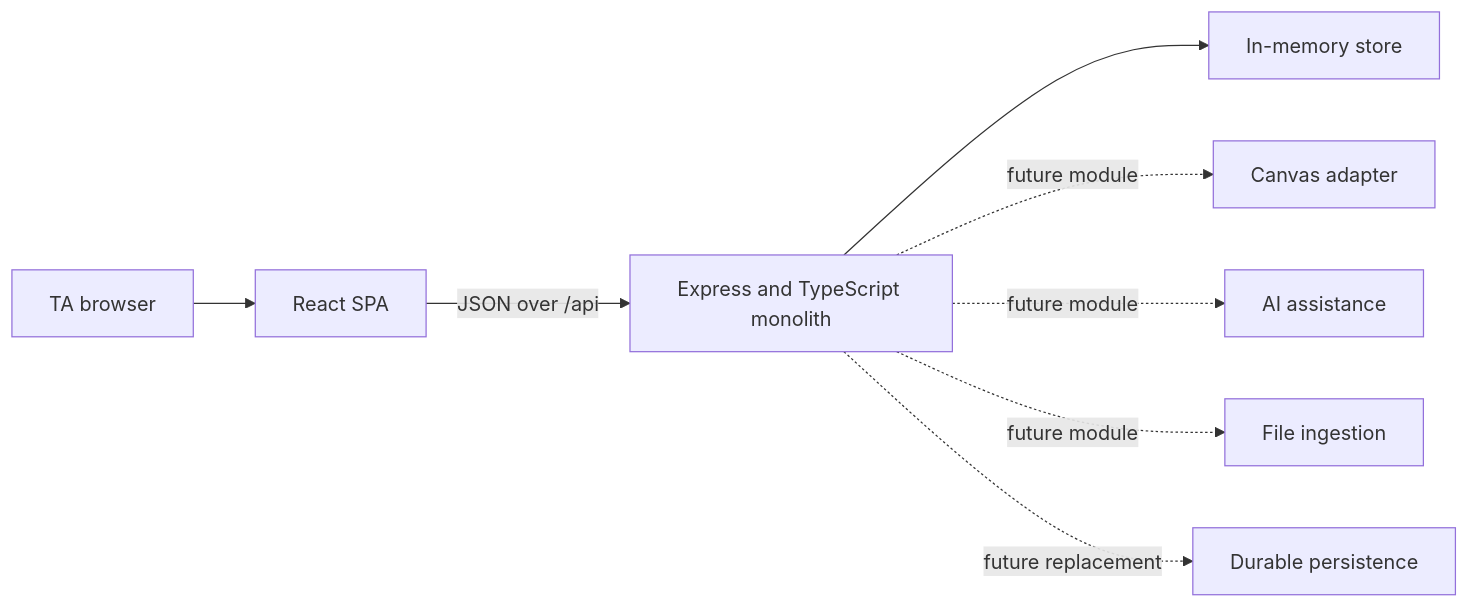
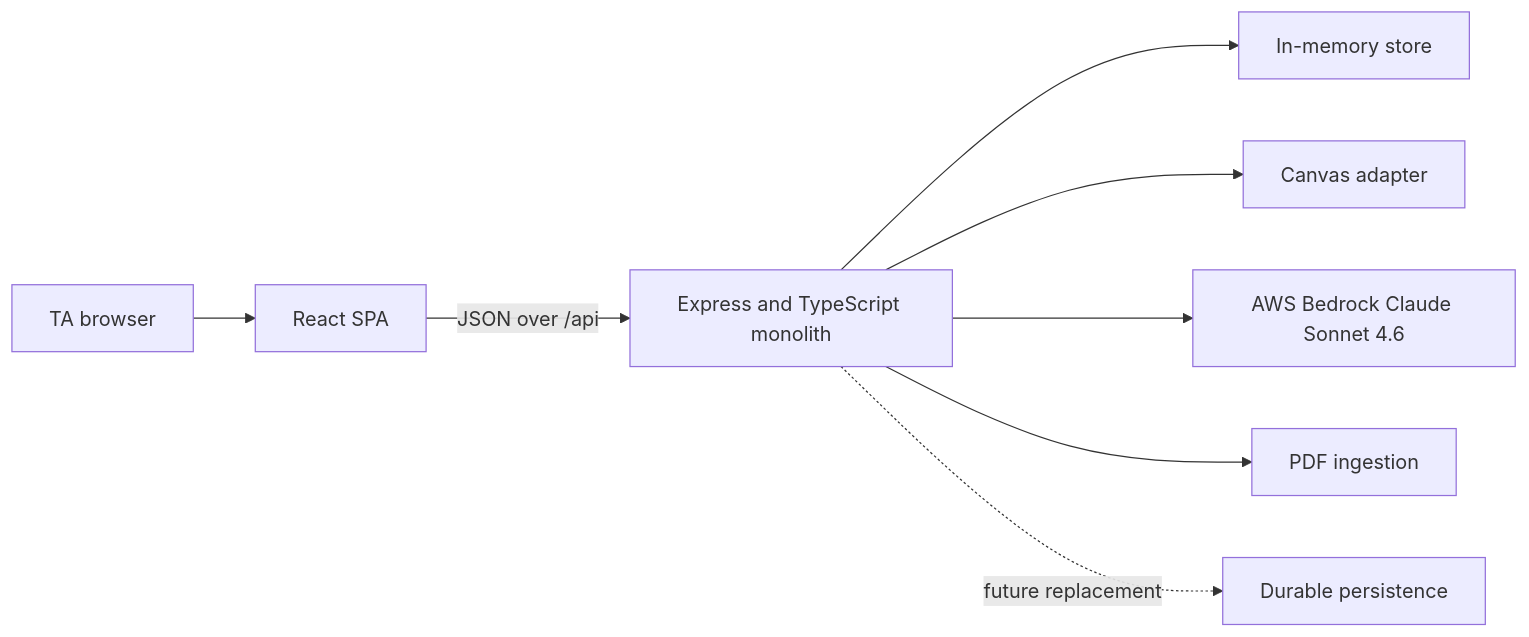
One commit to B2TA/B2TA changed the first of 2 diagrams in ARCHITECTURE.md. Above: the diagram before and after it, drawn with Mermaid. The commit also changed other lines of this file and 17 other files, not shown here.

````diff
--- a/ARCHITECTURE.md
+++ b/ARCHITECTURE.md
@@ -9,11 +9,11 @@
 ```mermaid
 flowchart LR
     TA[TA browser] --> SPA[React SPA]
     SPA -->|JSON over /api| API[Express and TypeScript monolith]
     API --> STORE[In-memory store]
 
-    API -. future module .-> CANVAS[Canvas adapter]
-    API -. future module .-> AI[AI assistance]
-    API -. future module .-> FILES[File ingestion]
+    API --> CANVAS[Canvas adapter]
+    API --> AI[AWS Bedrock Claude Sonnet 4.6]
+    API --> FILES[PDF ingestion]
     API -. future replacement .-> DATA[Durable persistence]
 ```
````
